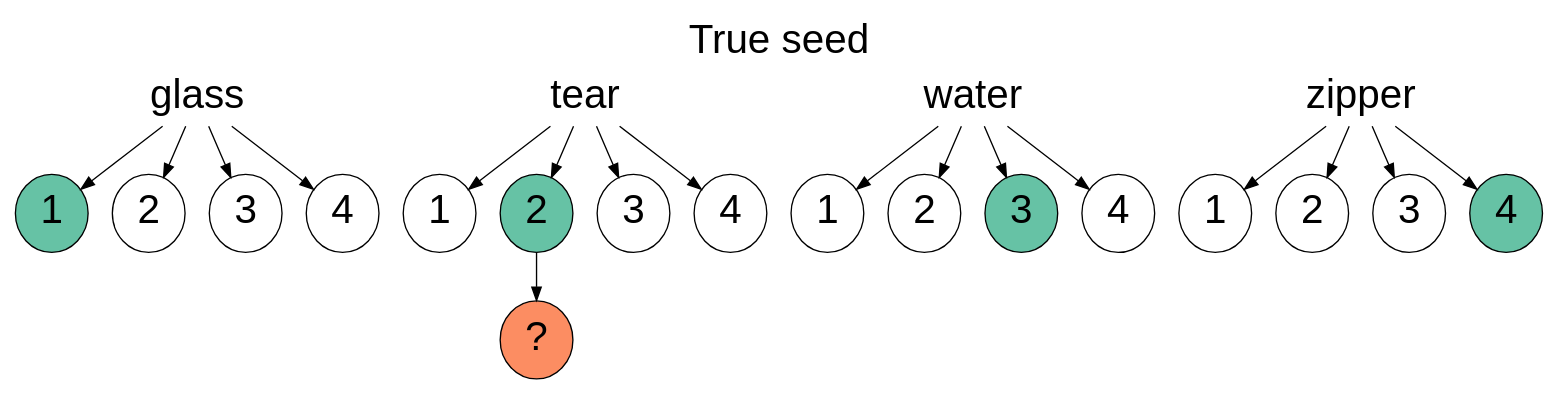
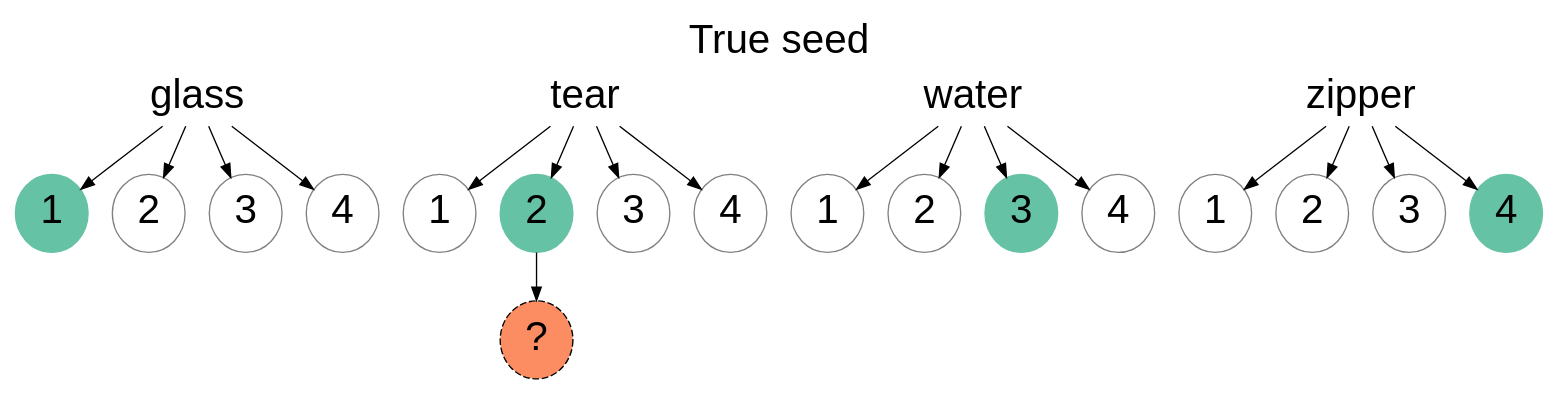
One commit to lupyanlab/words-in-transition changed the diagram in wordsintransition/inst/extdata/true-seed.gv. Above: the diagram before and after it, drawn with Graphviz. The commit also changed 2 other files, not shown here.

Commit message:
Redesign of question type figure

```diff
--- a/wordsintransition/inst/extdata/true-seed.gv
+++ b/wordsintransition/inst/extdata/true-seed.gv
@@ -1,45 +1,47 @@
 digraph {
   labelloc="t";
   label="True seed";
 
   graph[fontname="helvetica", fontsize=30];
   node[fontname="helvetica", fontsize=30];
 
   glass[shape="none"];
   tear[shape="none"];
   water[shape="none"];
   zipper[shape="none"];
 
   glass -> {glass1, glass2, glass3, glass4};
   tear -> {tear1, tear2, tear3, tear4};
   water -> {water1, water2, water3, water4};
   zipper -> {zipper1, zipper2, zipper3, zipper4};
 
-  glass1[style="filled", fillcolor="#66C2A5"];
-  tear2[style="filled", fillcolor="#66C2A5"];
-  water3[style="filled", fillcolor="#66C2A5"];
-  zipper4[style="filled", fillcolor="#66C2A5"];
+  glass1[style="filled", fillcolor="#66C2A5", color="#66C2A5"];
+  tear2[style="filled", fillcolor="#66C2A5", color="#66C2A5"];
+  water3[style="filled", fillcolor="#66C2A5", color="#66C2A5"];
+  zipper4[style="filled", fillcolor="#66C2A5", color="#66C2A5"];
 
   glass1[label="1"];
   glass2[label="2"];
   glass3[label="3"];
   glass4[label="4"];
 
   tear1[label="1"];
   tear2[label="2"];
   tear3[label="3"];
   tear4[label="4"];
 
   water1[label="1"];
   water2[label="2"];
   water3[label="3"];
   water4[label="4"];
 
   zipper1[label="1"];
   zipper2[label="2"];
   zipper3[label="3"];
   zipper4[label="4"];
 
+  glass2, glass3, glass4, water1, water2, water4, tear1, tear3, tear4, zipper1, zipper2, zipper3[color="gray"];
+
   tear2 -> gen1;
-  gen1[label="?", style="filled", fillcolor="#FC8D62"];
+  gen1[label="?", style="filled, dashed", fillcolor="#FC8D62"];
 }
```
